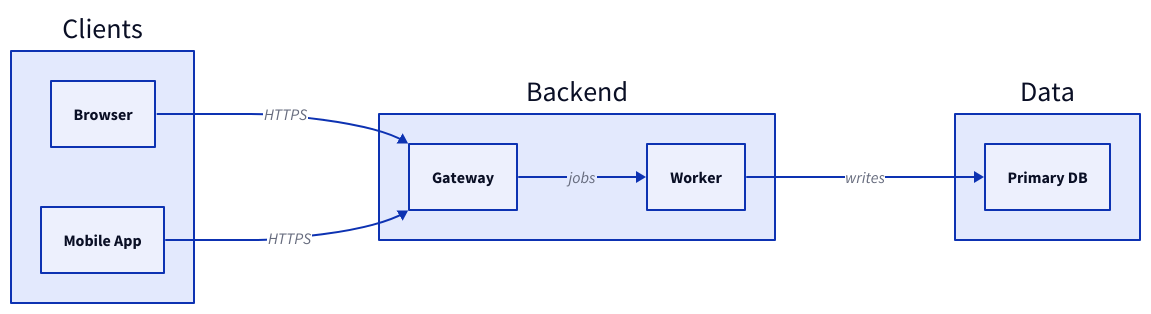
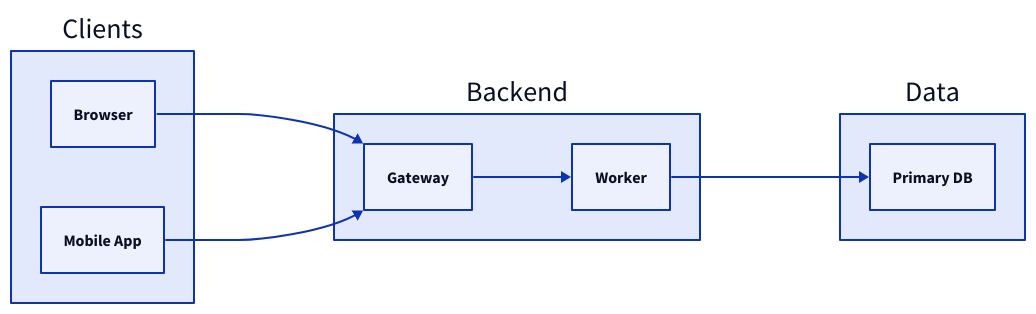
The second of 3 diagrams in projects/SKILLS/block-diagram/references/d2-quick-reference.md (jimezsa/opencolab), drawn with D2 before and after one commit. The commit also changed other lines of this file and 8 other files, not shown here.

Commit message:
refactor: compact default block diagrams

````diff
--- a/projects/SKILLS/block-diagram/references/d2-quick-reference.md
+++ b/projects/SKILLS/block-diagram/references/d2-quick-reference.md
@@ -20,22 +20,22 @@
 ```d2
 direction: right
 
 clients: Clients {
   browser: Browser
   mobile: Mobile App
 }
 
 backend: Backend {
   gateway: Gateway
   worker: Worker
 }
 
 data: Data {
   primary: Primary DB
 }
 
-clients.browser -> backend.gateway: HTTPS
-clients.mobile -> backend.gateway: HTTPS
-backend.gateway -> backend.worker: jobs
-backend.worker -> data.primary: writes
+clients.browser -> backend.gateway
+clients.mobile -> backend.gateway
+backend.gateway -> backend.worker
+backend.worker -> data.primary
 ```
````
